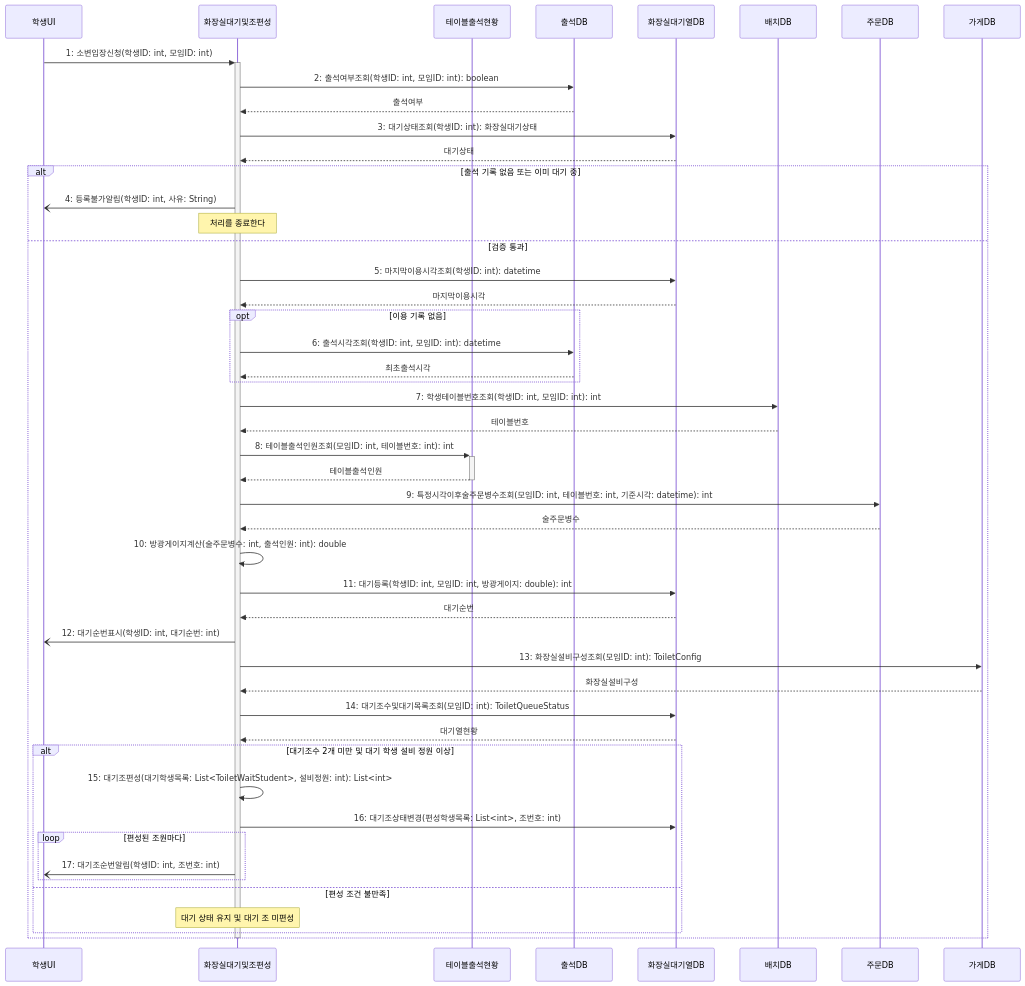
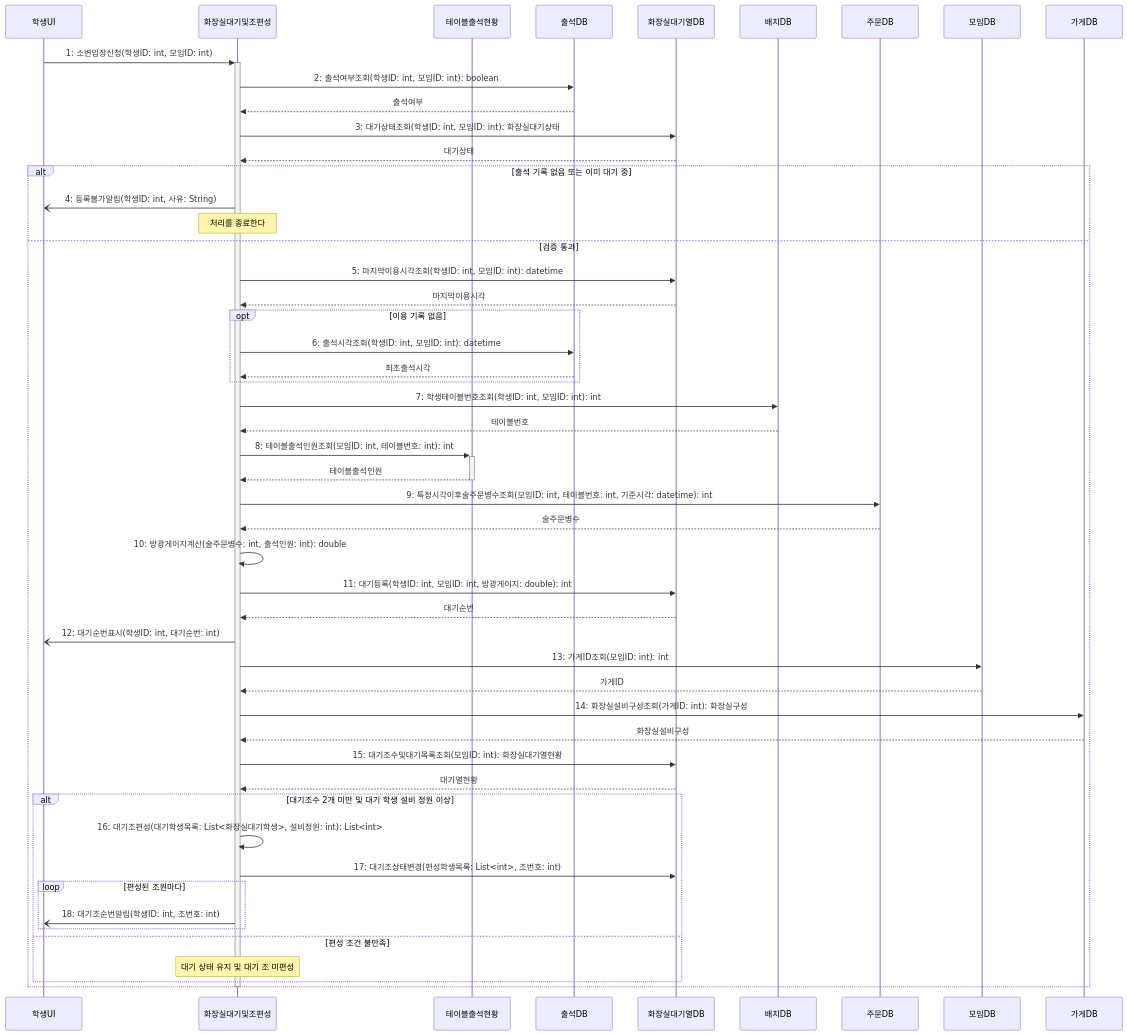
Before and after one commit to hojae3/sw-engineering-16: the diagram in sequence/seq-18-1.md, drawn with Mermaid. The commit also changed other lines of this file and 35 other files, not shown here.

````diff
--- a/sequence/seq-18-1.md
+++ b/sequence/seq-18-1.md
@@ -27,54 +28,57 @@
 ```mermaid
 sequenceDiagram
     participant 학생UI as 학생UI
     participant 편성 as 화장실대기및조편성
     participant 현황 as 테이블출석현황
     participant 출석DB as 출석DB
     participant 화장실DB as 화장실대기열DB
     participant 배치DB as 배치DB
     participant 주문DB as 주문DB
+    participant 모임DB as 모임DB
     participant 가게DB as 가게DB
 
     학생UI->>+편성: 1: 소변입장신청(학생ID: int, 모임ID: int)
     편성->>출석DB: 2: 출석여부조회(학생ID: int, 모임ID: int): boolean
     출석DB-->>편성: 출석여부
-    편성->>화장실DB: 3: 대기상태조회(학생ID: int): 화장실대기상태
+    편성->>화장실DB: 3: 대기상태조회(학생ID: int, 모임ID: int): 화장실대기상태
     화장실DB-->>편성: 대기상태
 
     alt 출석 기록 없음 또는 이미 대기 중
         편성-)학생UI: 4: 등록불가알림(학생ID: int, 사유: String)
         Note over 편성: 처리를 종료한다
     else 검증 통과
-        편성->>화장실DB: 5: 마지막이용시각조회(학생ID: int): datetime
+        편성->>화장실DB: 5: 마지막이용시각조회(학생ID: int, 모임ID: int): datetime
         화장실DB-->>편성: 마지막이용시각
         opt 이용 기록 없음
             편성->>출석DB: 6: 출석시각조회(학생ID: int, 모임ID: int): datetime
             출석DB-->>편성: 최초출석시각
         end
         편성->>배치DB: 7: 학생테이블번호조회(학생ID: int, 모임ID: int): int
         배치DB-->>편성: 테이블번호
         편성->>+현황: 8: 테이블출석인원조회(모임ID: int, 테이블번호: int): int
         현황-->>-편성: 테이블출석인원
         편성->>주문DB: 9: 특정시각이후술주문병수조회(모임ID: int, 테이블번호: int, 기준시각: datetime): int
         주문DB-->>편성: 술주문병수
         편성->>편성: 10: 방광게이지계산(술주문병수: int, 출석인원: int): double
         편성->>화장실DB: 11: 대기등록(학생ID: int, 모임ID: int, 방광게이지: double): int
         화장실DB-->>편성: 대기순번
         편성-)학생UI: 12: 대기순번표시(학생ID: int, 대기순번: int)
 
-        편성->>가게DB: 13: 화장실설비구성조회(모임ID: int): ToiletConfig
+        편성->>모임DB: 13: 가게ID조회(모임ID: int): int
+        모임DB-->>편성: 가게ID
+        편성->>가게DB: 14: 화장실설비구성조회(가게ID: int): 화장실구성
         가게DB-->>편성: 화장실설비구성
-        편성->>화장실DB: 14: 대기조수및대기목록조회(모임ID: int): ToiletQueueStatus
+        편성->>화장실DB: 15: 대기조수및대기목록조회(모임ID: int): 화장실대기열현황
         화장실DB-->>편성: 대기열현황
         alt 대기조수 2개 미만 및 대기 학생 설비 정원 이상
-            편성->>편성: 15: 대기조편성(대기학생목록: List<ToiletWaitStudent>, 설비정원: int): List<int>
-            편성->>화장실DB: 16: 대기조상태변경(편성학생목록: List<int>, 조번호: int)
+            편성->>편성: 16: 대기조편성(대기학생목록: List<화장실대기학생>, 설비정원: int): List<int>
+            편성->>화장실DB: 17: 대기조상태변경(편성학생목록: List<int>, 조번호: int)
             loop 편성된 조원마다
-                편성-)학생UI: 17: 대기조순번알림(학생ID: int, 조번호: int)
+                편성-)학생UI: 18: 대기조순번알림(학생ID: int, 조번호: int)
             end
         else 편성 조건 불만족
             Note over 편성: 대기 상태 유지 및 대기 조 미편성
         end
     end
     deactivate 편성
 ```
````
